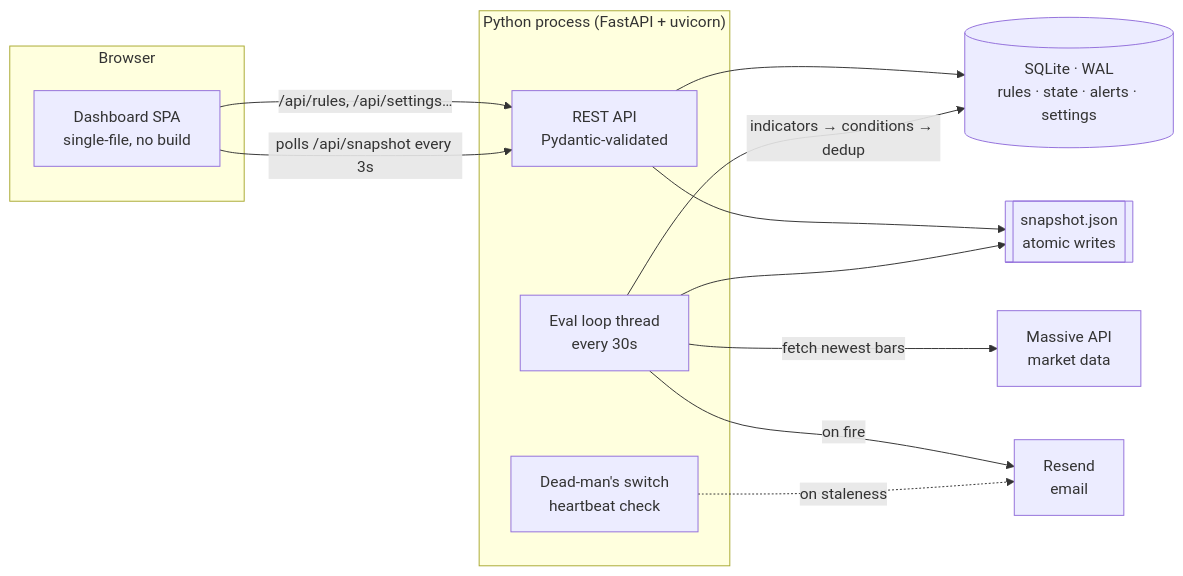
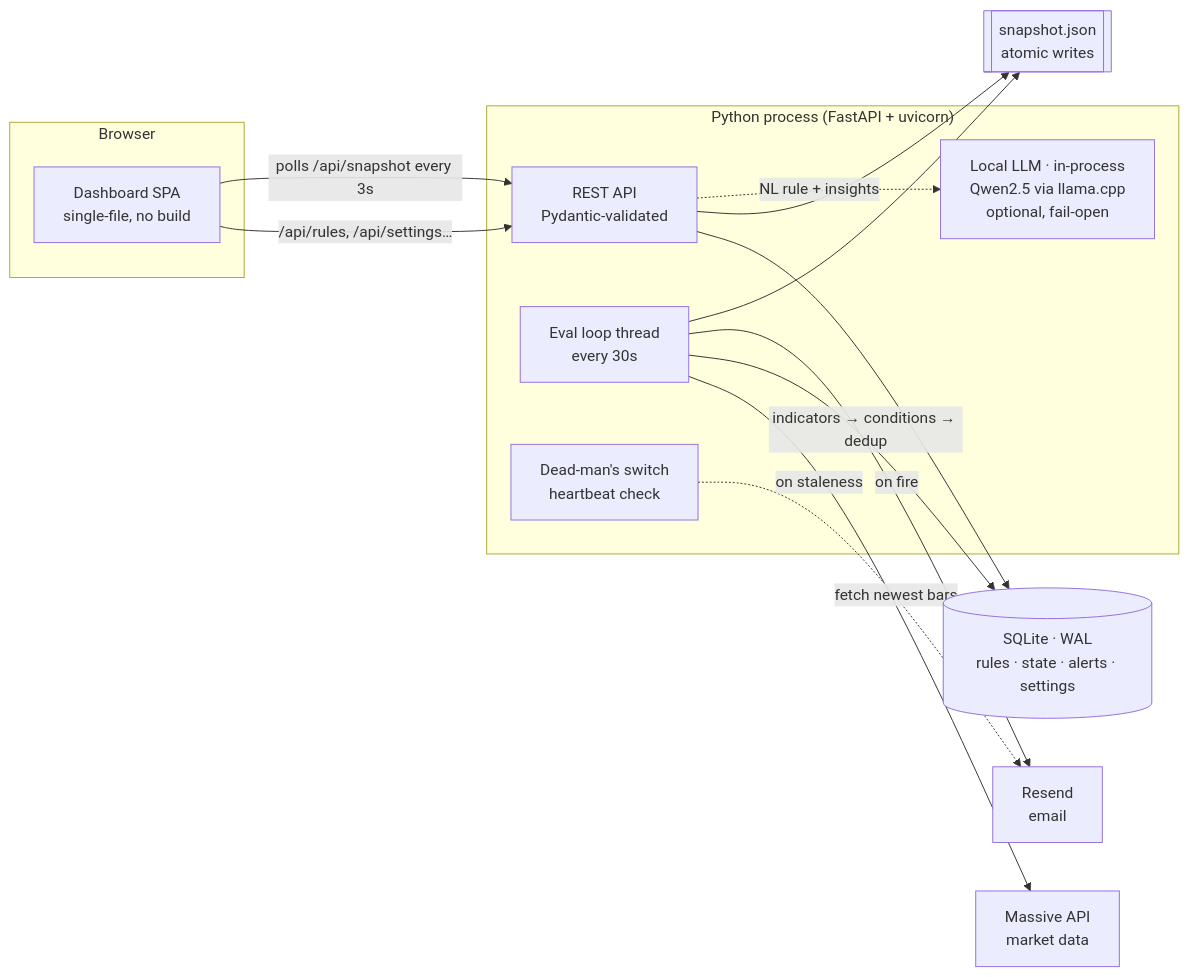
Before and after one commit to siroxou/alert-radar: the first of 2 diagrams in README.md, drawn with Mermaid. The commit also changed other lines of this file and 3 other files, not shown here.

First line of the commit message:
docs: local-AI screenshots, architecture diagram, performance benchmarks

````diff
--- a/README.md
+++ b/README.md
@@ -82,25 +89,27 @@
 ```mermaid
 flowchart LR
     subgraph Browser
         UI[Dashboard SPA<br/>single-file, no build]
     end
     subgraph Process["Python process (FastAPI + uvicorn)"]
         API[REST API<br/>Pydantic-validated]
         LOOP[Eval loop thread<br/>every 30s]
         WATCH[Dead-man's switch<br/>heartbeat check]
+        AI[Local LLM · in-process<br/>Qwen2.5 via llama.cpp<br/>optional, fail-open]
     end
     DATA[Massive API<br/>market data]
     MAIL[Resend<br/>email]
     DB[(SQLite · WAL<br/>rules · state · alerts · settings)]
     SNAP[[snapshot.json<br/>atomic writes]]
 
     UI -->|/api/rules, /api/settings…| API
     UI -->|polls /api/snapshot every 3s| API
     API --> DB
     API --> SNAP
     LOOP -->|fetch newest bars| DATA
     LOOP -->|indicators → conditions → dedup| DB
     LOOP -->|on fire| MAIL
     LOOP --> SNAP
     WATCH -.->|on staleness| MAIL
+    API -.->|NL rule + insights| AI
 ```
````
